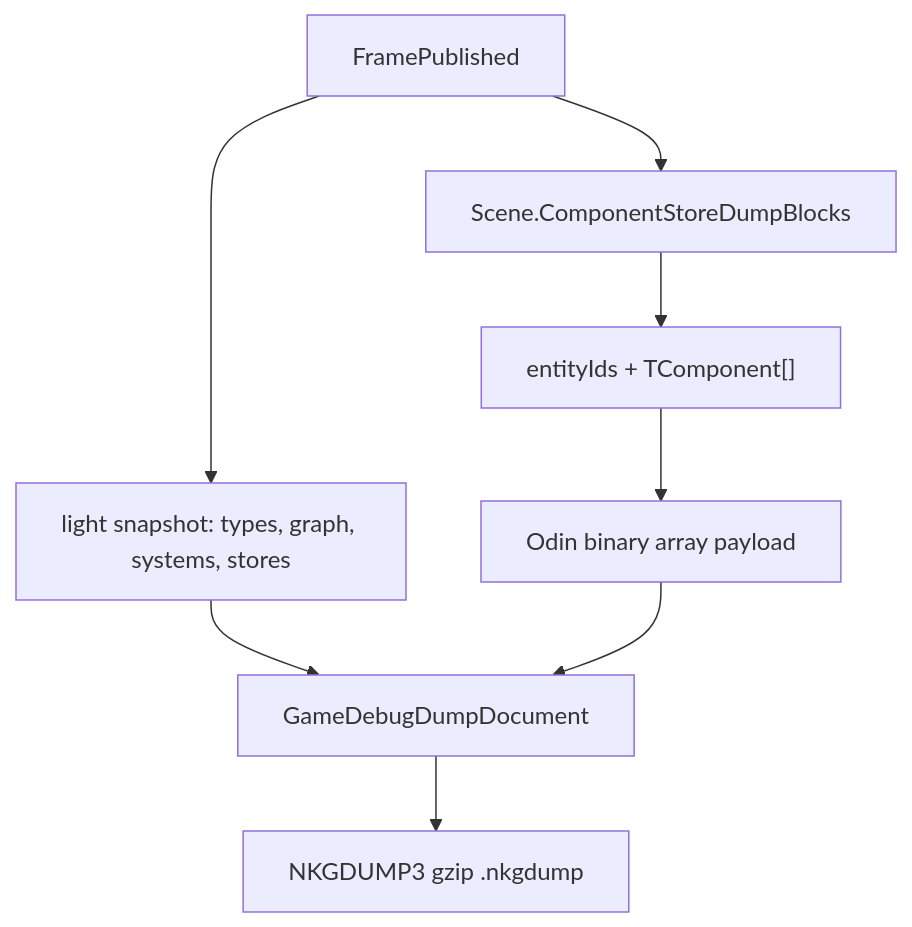
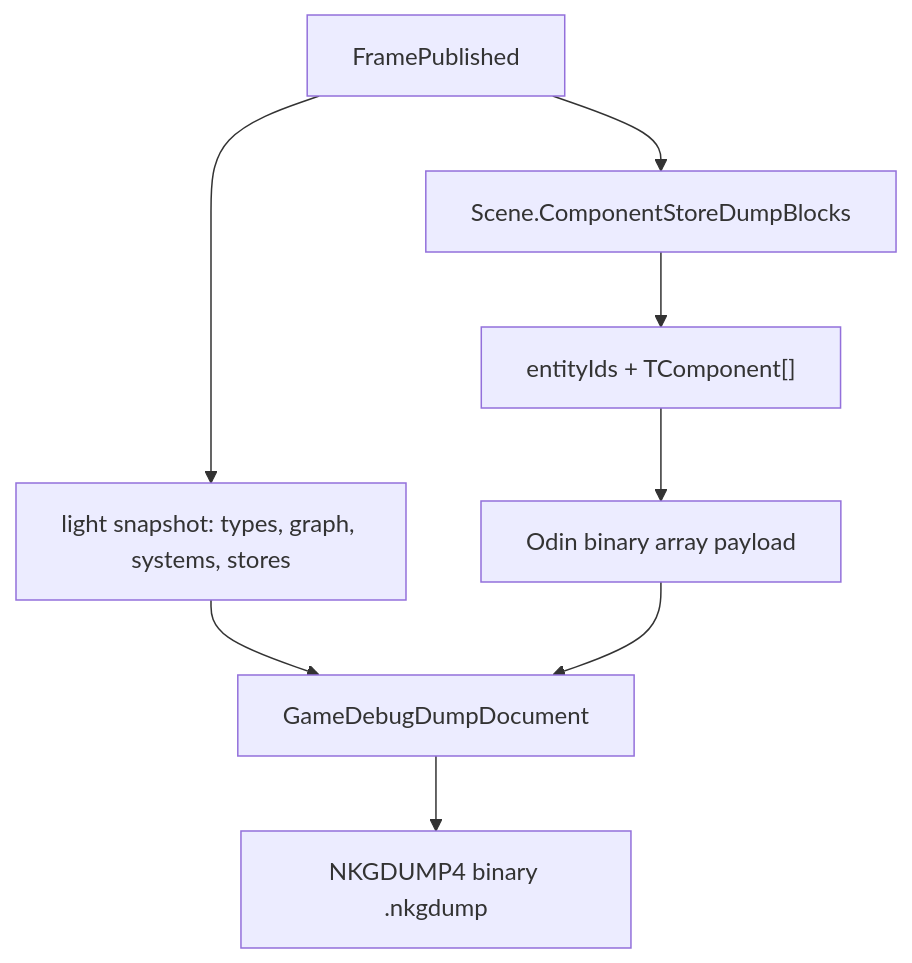
The first of 2 diagrams in docs/debug-dump-implementation-plan.md (wqaetly/NKGGameFramework), drawn with Mermaid before and after one commit. The commit also changed other lines of this file and 29 other files, not shown here.

````diff
--- a/docs/debug-dump-implementation-plan.md
+++ b/docs/debug-dump-implementation-plan.md
@@ -29,10 +29,10 @@
 ```mermaid
 flowchart TD
     Frame["FramePublished"] --> Light["light snapshot: types, graph, systems, stores"]
     Frame --> Stores["Scene.ComponentStoreDumpBlocks"]
     Stores --> Block["entityIds + TComponent[]"]
     Block --> Odin["Odin binary array payload"]
     Light --> Dump["GameDebugDumpDocument"]
     Odin --> Dump
-    Dump --> File["NKGDUMP3 gzip .nkgdump"]
+    Dump --> File["NKGDUMP4 binary .nkgdump"]
 ```
````
